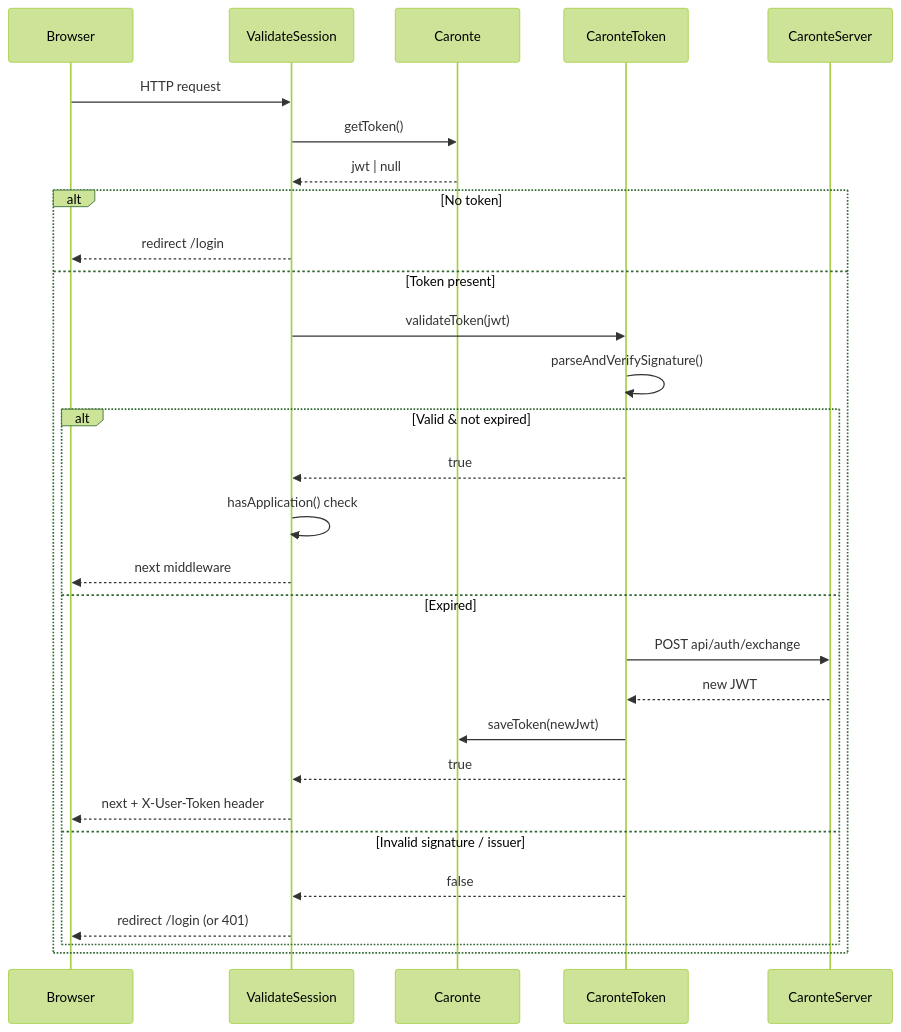
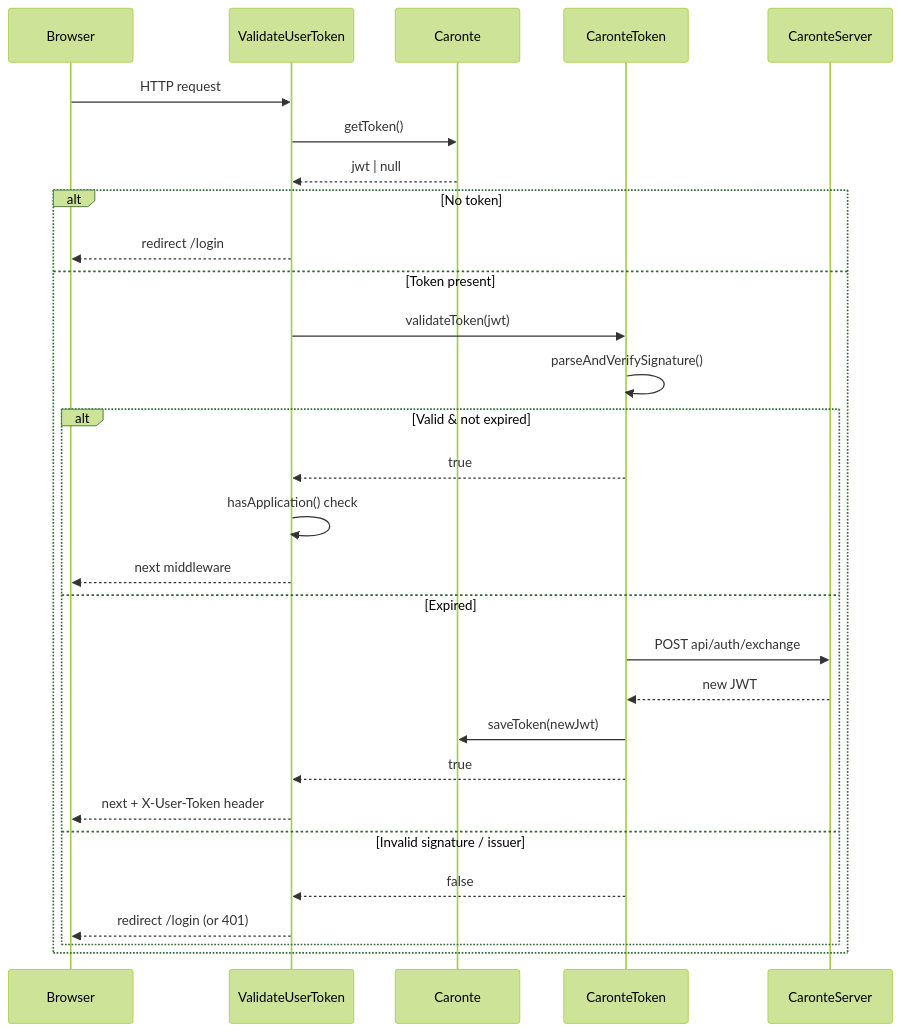
The second of 2 diagrams in doc/business-logic-and-core-processes.md (Ometra-Nyx/mx.ometra.caronte-client), drawn with Mermaid (forest theme) before and after one commit. The commit also changed other lines of this file and 65 other files, not shown here.

````diff
--- a/doc/business-logic-and-core-processes.md
+++ b/doc/business-logic-and-core-processes.md
@@ -58,34 +58,34 @@
 ```mermaid
 sequenceDiagram
     participant Browser
-    participant ValidateSession
+    participant ValidateUserToken
     participant Caronte
     participant CaronteToken
     participant CaronteServer
 
-    Browser->>ValidateSession: HTTP request
-    ValidateSession->>Caronte: getToken()
-    Caronte-->>ValidateSession: jwt | null
+    Browser->>ValidateUserToken: HTTP request
+    ValidateUserToken->>Caronte: getToken()
+    Caronte-->>ValidateUserToken: jwt | null
 
     alt No token
-        ValidateSession-->>Browser: redirect /login
+        ValidateUserToken-->>Browser: redirect /login
     else Token present
-        ValidateSession->>CaronteToken: validateToken(jwt)
+        ValidateUserToken->>CaronteToken: validateToken(jwt)
         CaronteToken->>CaronteToken: parseAndVerifySignature()
 
         alt Valid & not expired
-            CaronteToken-->>ValidateSession: true
-            ValidateSession->>ValidateSession: hasApplication() check
-            ValidateSession-->>Browser: next middleware
+            CaronteToken-->>ValidateUserToken: true
+            ValidateUserToken->>ValidateUserToken: hasApplication() check
+            ValidateUserToken-->>Browser: next middleware
         else Expired
             CaronteToken->>CaronteServer: POST api/auth/exchange
             CaronteServer-->>CaronteToken: new JWT
             CaronteToken->>Caronte: saveToken(newJwt)
-            CaronteToken-->>ValidateSession: true
-            ValidateSession-->>Browser: next + X-User-Token header
+            CaronteToken-->>ValidateUserToken: true
+            ValidateUserToken-->>Browser: next + X-User-Token header
         else Invalid signature / issuer
-            CaronteToken-->>ValidateSession: false
-            ValidateSession-->>Browser: redirect /login (or 401)
+            CaronteToken-->>ValidateUserToken: false
+            ValidateUserToken-->>Browser: redirect /login (or 401)
         end
     end
 ```
````
